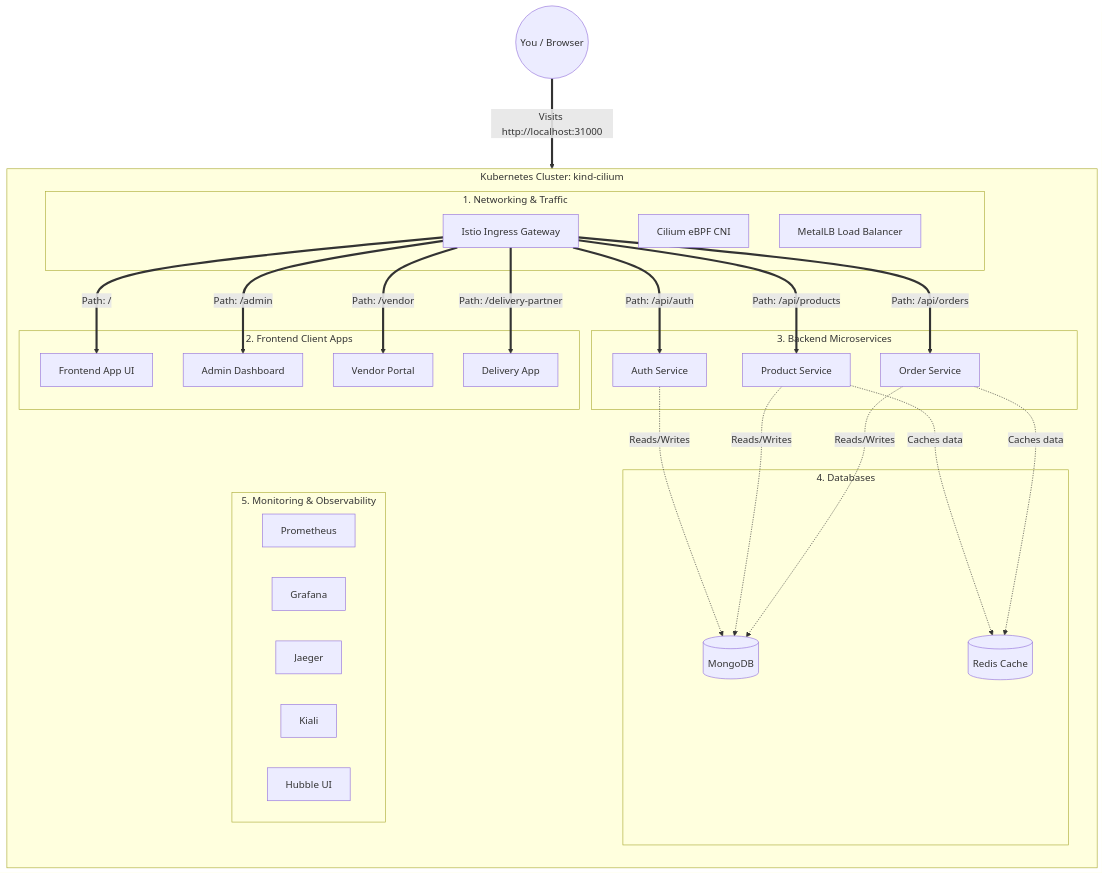
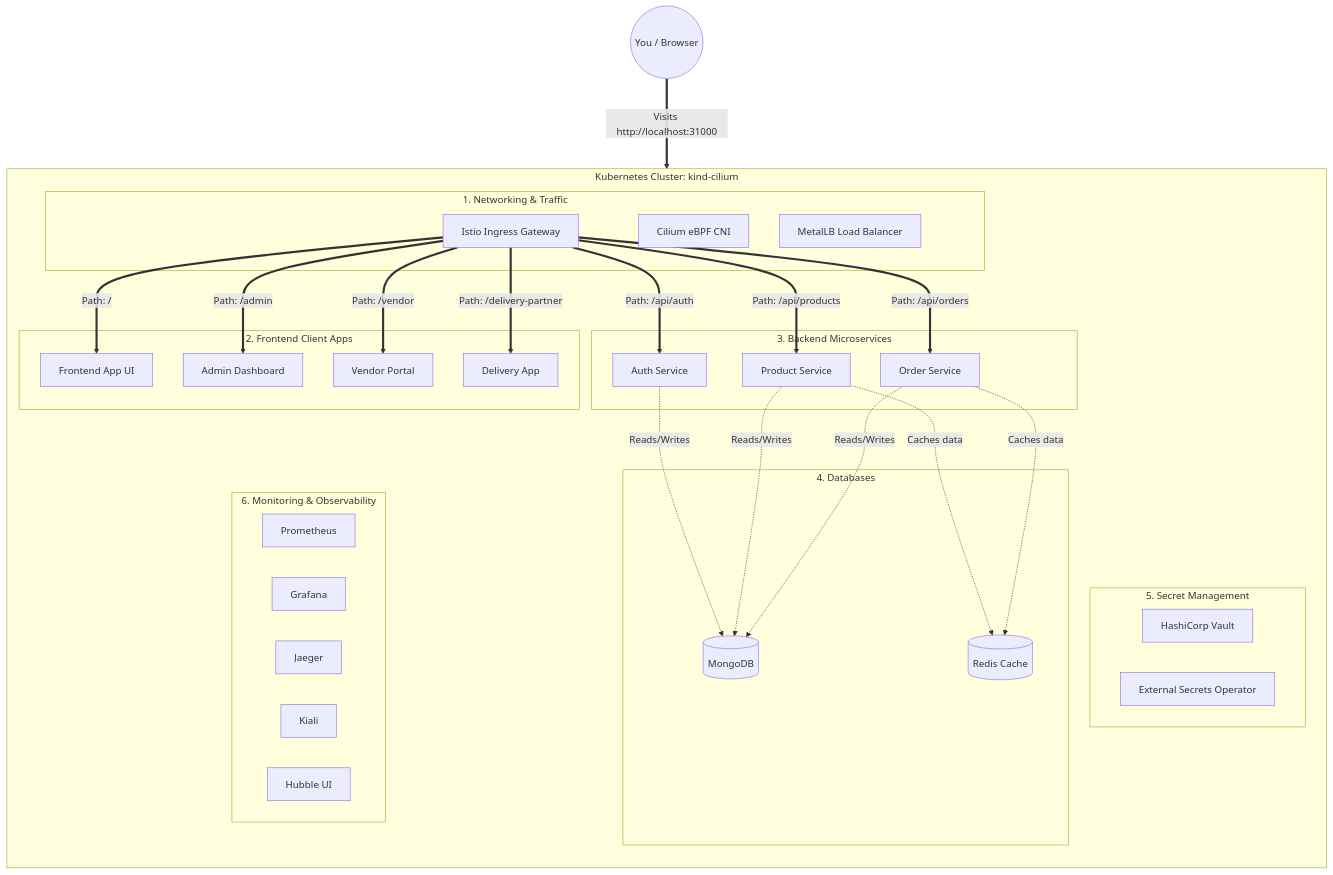
The diagram in DevOps/architecture.md (biswajit134/Grocery-app), drawn with Mermaid before and after one commit. The commit also changed other lines of this file and 32 other files, not shown here.

````diff
--- a/DevOps/architecture.md
+++ b/DevOps/architecture.md
@@ -7,59 +7,64 @@
 ```mermaid
 flowchart TD
     User((You / Browser))
 
     subgraph Cluster [Kubernetes Cluster: kind-cilium]
         direction TB
         
         subgraph Networking [1. Networking & Traffic]
             Cilium[Cilium eBPF CNI]
             MetalLB[MetalLB Load Balancer]
             Istio[Istio Ingress Gateway]
         end
 
         subgraph ClientApps [2. Frontend Client Apps]
             Frontend[Frontend App UI]
             Admin[Admin Dashboard]
             Vendor[Vendor Portal]
             Delivery[Delivery App]
         end
 
         subgraph BackendServices [3. Backend Microservices]
             Auth[Auth Service]
             Product[Product Service]
             Order[Order Service]
         end
 
         subgraph Databases [4. Databases]
             Mongo[(MongoDB)]
             Redis[(Redis Cache)]
         end
 
-        subgraph Observability [5. Monitoring & Observability]
+        subgraph Secrets [5. Secret Management]
+            Vault[HashiCorp Vault]
+            ESO[External Secrets Operator]
+        end
+
+        subgraph Observability [6. Monitoring & Observability]
             Prometheus[Prometheus]
             Grafana[Grafana]
             Jaeger[Jaeger]
             Kiali[Kiali]
             Hubble[Hubble UI]
         end
         
         %% Traffic Flow
         Istio ==>|Path: / | Frontend
         Istio ==>|Path: /admin| Admin
         Istio ==>|Path: /vendor| Vendor
         Istio ==>|Path: /delivery-partner| Delivery
         
         Istio ==>|Path: /api/auth| Auth
         Istio ==>|Path: /api/products| Product
         Istio ==>|Path: /api/orders| Order
 
         Auth -.->|Reads/Writes| Mongo
         Product -.->|Reads/Writes| Mongo
         Product -.->|Caches data| Redis
         Order -.->|Reads/Writes| Mongo
         Order -.->|Caches data| Redis
         
     end
 
     User ===>|Visits http://localhost:31000| Istio
 ```
````
